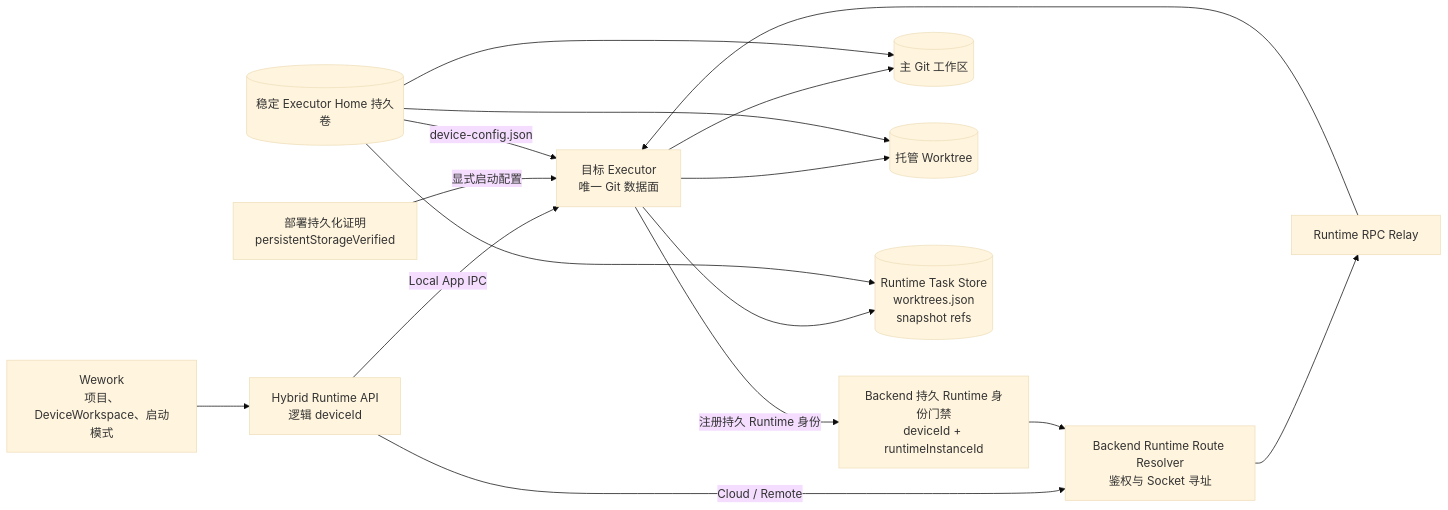
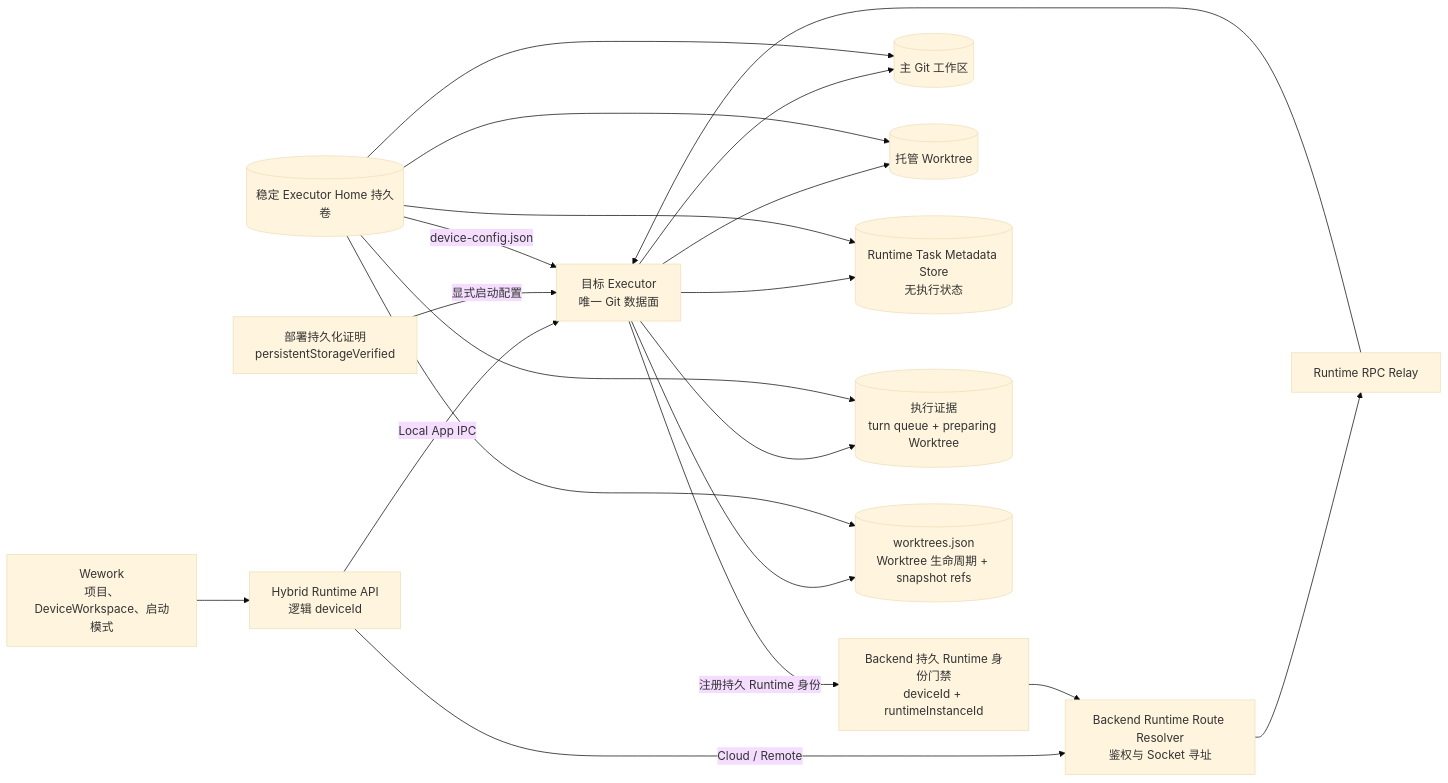
Before and after one commit to wecode-ai/Wegent: the first of 4 diagrams in docs/zh/architecture/git-worktree-execution.md, drawn with Mermaid (base theme). The commit also changed other lines of this file and 4 other files, not shown here.

Commit message:
fix(executor): stop persisting runtime task status

````diff
--- a/docs/zh/architecture/git-worktree-execution.md
+++ b/docs/zh/architecture/git-worktree-execution.md
@@ -9,30 +9,36 @@
 ```mermaid
 flowchart LR
     UI[Wework<br/>项目、DeviceWorkspace、启动模式]
     HYBRID[Hybrid Runtime API<br/>逻辑 deviceId]
     IDENTITY[Backend 持久 Runtime 身份门禁<br/>deviceId + runtimeInstanceId]
     ROUTE[Backend Runtime Route Resolver<br/>鉴权与 Socket 寻址]
     RPC[Runtime RPC Relay]
     EXECUTOR[目标 Executor<br/>唯一 Git 数据面]
     REPO[(主 Git 工作区)]
     WORKTREE[(托管 Worktree)]
-    STATE[(Runtime Task Store<br/>worktrees.json<br/>snapshot refs)]
+    STATE[(Runtime Task Metadata Store<br/>无执行状态)]
+    EXECUTION[(执行证据<br/>turn queue + preparing Worktree)]
+    WORKTREE_STATE[(worktrees.json<br/>Worktree 生命周期 + snapshot refs)]
     VOLUME[(稳定 Executor Home 持久卷)]
     ATTEST[部署持久化证明<br/>persistentStorageVerified]
 
     UI --> HYBRID
     HYBRID -->|Local App IPC| EXECUTOR
     HYBRID -->|Cloud / Remote| ROUTE
     EXECUTOR -->|注册持久 Runtime 身份| IDENTITY
     IDENTITY --> ROUTE
     ROUTE --> RPC
     RPC --> EXECUTOR
     EXECUTOR --> REPO
     EXECUTOR --> WORKTREE
     EXECUTOR --> STATE
+    EXECUTOR --> EXECUTION
+    EXECUTOR --> WORKTREE_STATE
     ATTEST -->|显式启动配置| EXECUTOR
     VOLUME --> REPO
     VOLUME --> WORKTREE
     VOLUME --> STATE
+    VOLUME --> EXECUTION
+    VOLUME --> WORKTREE_STATE
     VOLUME -->|device-config.json| EXECUTOR
 ```
````
